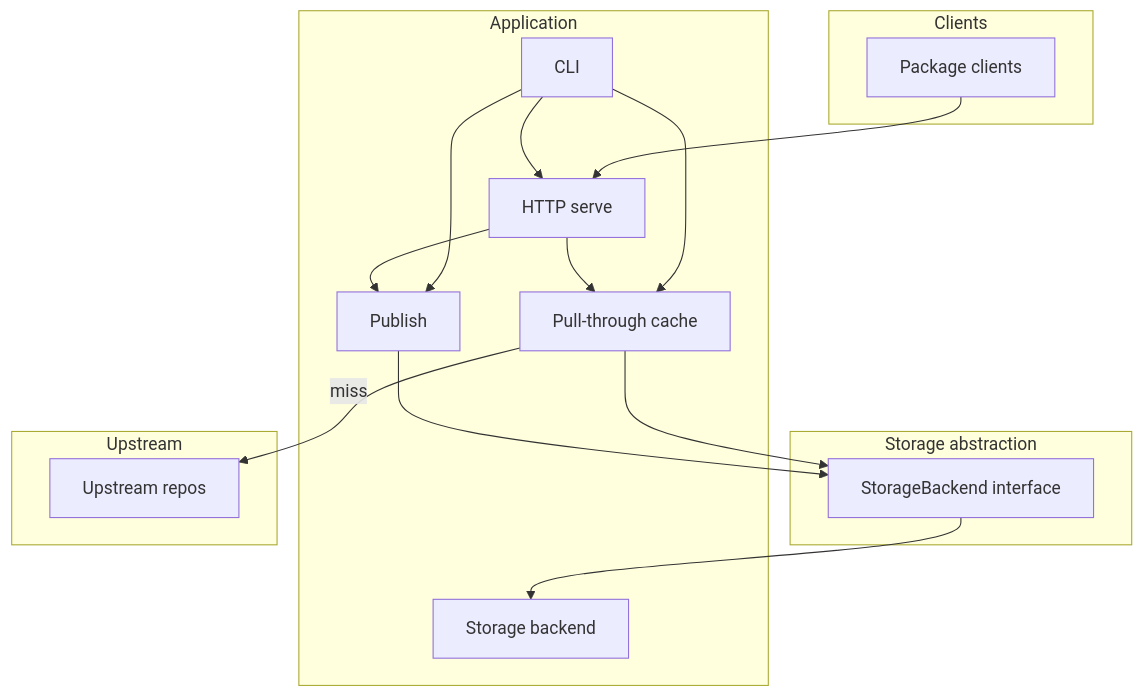
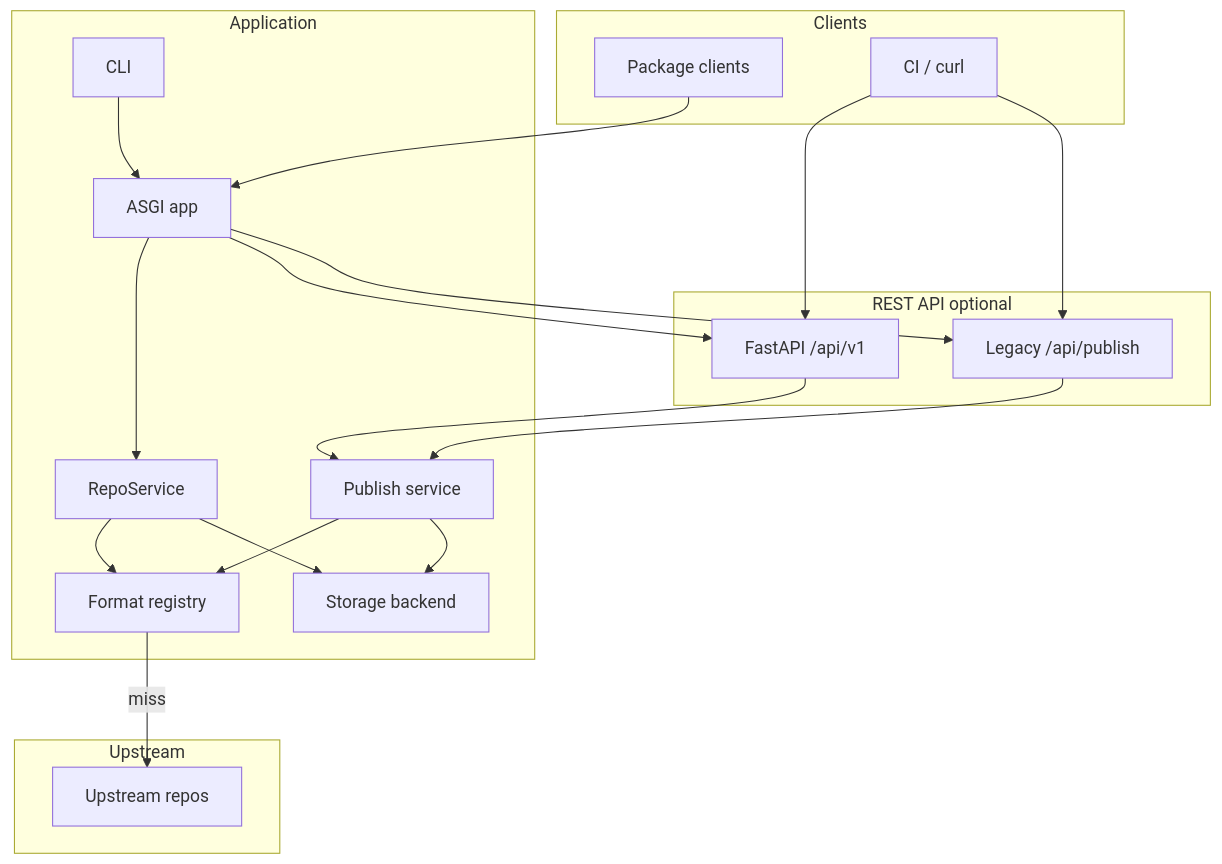
Before and after one commit to awesome-it/repo-man: the second of 6 diagrams in docs/architecture.md, drawn with Mermaid. The commit also changed other lines of this file and 25 other files, not shown here.

Commit message:
Enhance repo-man with REST API support for package publishing; add FastAPI integration and update documentation. Include new dependencies for FastAPI and related packages in pyproject.toml. Update architecture and operations documentation to reflect API capabilities and usage examples.

````diff
--- a/docs/architecture.md
+++ b/docs/architecture.md
@@ -7,29 +49,36 @@
 ```mermaid
 flowchart TB
   subgraph clients [Clients]
     PkgClients[Package clients]
+    CI[CI / curl]
   end
   subgraph app [Application]
     CLI[CLI]
-    Serve[HTTP serve]
-    Cache[Pull-through cache]
-    Publish[Publish]
+    ASGI[ASGI app]
+    RepoSvc[RepoService]
+    FmtRegistry[Format registry]
+    PublishSvc[Publish service]
     StorageImpl[Storage backend]
   end
-  subgraph storage [Storage abstraction]
-    Interface[StorageBackend interface]
+  subgraph api [REST API optional]
+    FastAPI[FastAPI /api/v1]
+    Legacy[Legacy /api/publish]
   end
   subgraph upstream [Upstream]
     UpstreamRepos[Upstream repos]
   end
-  PkgClients --> Serve
-  CLI --> Serve
-  CLI --> Cache
-  CLI --> Publish
-  Serve --> Cache
-  Serve --> Publish
-  Cache --> Interface
-  Publish --> Interface
-  Interface --> StorageImpl
-  Cache -->|"miss"| UpstreamRepos
+  PkgClients --> ASGI
+  CI --> FastAPI
+  CI --> Legacy
+  CLI --> ASGI
+  ASGI --> RepoSvc
+  ASGI --> FastAPI
+  ASGI --> Legacy
+  FastAPI --> PublishSvc
+  Legacy --> PublishSvc
+  RepoSvc --> FmtRegistry
+  PublishSvc --> FmtRegistry
+  RepoSvc --> StorageImpl
+  PublishSvc --> StorageImpl
+  FmtRegistry -->|"miss"| UpstreamRepos
 ```
````
